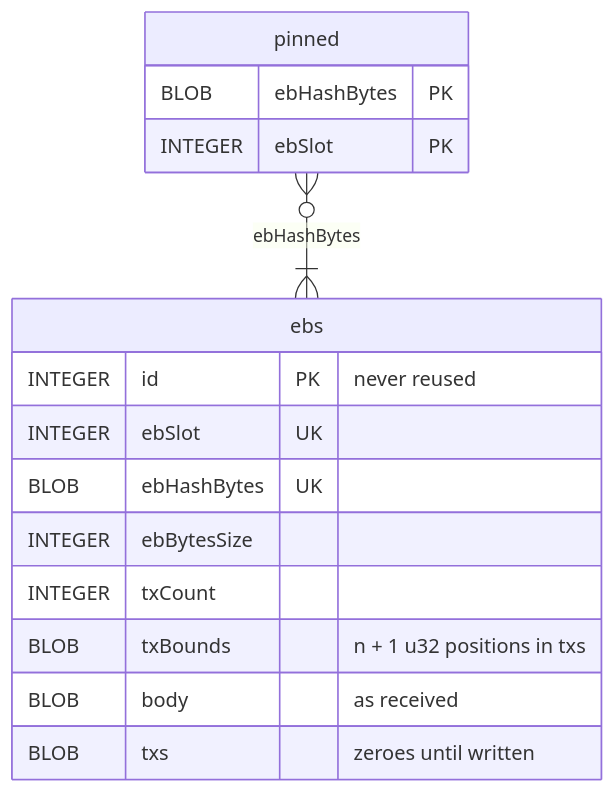
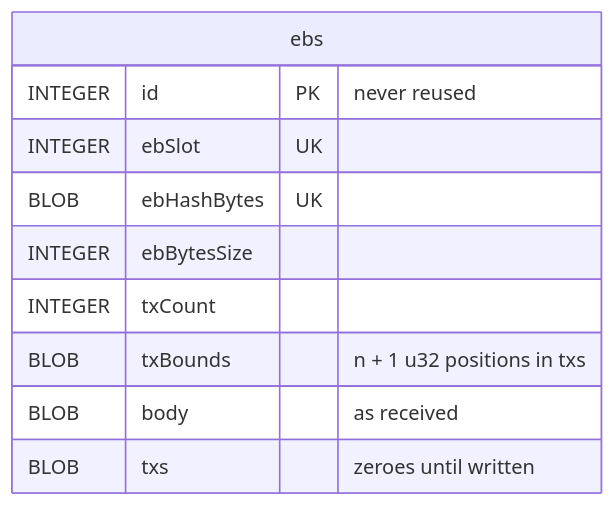
The diagram in docs/website/contents/explanations/leiosdb.md (IntersectMBO/ouroboros-consensus), drawn with Mermaid before and after one commit. The commit also changed other lines of this file and 15 other files, not shown here.

````diff
--- a/docs/website/contents/explanations/leiosdb.md
+++ b/docs/website/contents/explanations/leiosdb.md
@@ -32,19 +32,13 @@
 ```mermaid
 erDiagram
     ebs {
         INTEGER id PK "never reused"
         INTEGER ebSlot UK
         BLOB ebHashBytes UK
         INTEGER ebBytesSize
         INTEGER txCount
         BLOB txBounds "n + 1 u32 positions in txs"
         BLOB body "as received"
         BLOB txs "zeroes until written"
     }
-    pinned {
-        BLOB ebHashBytes PK
-        INTEGER ebSlot PK
-    }
-
-    pinned }o--|{ ebs : "ebHashBytes"
 ```
````
